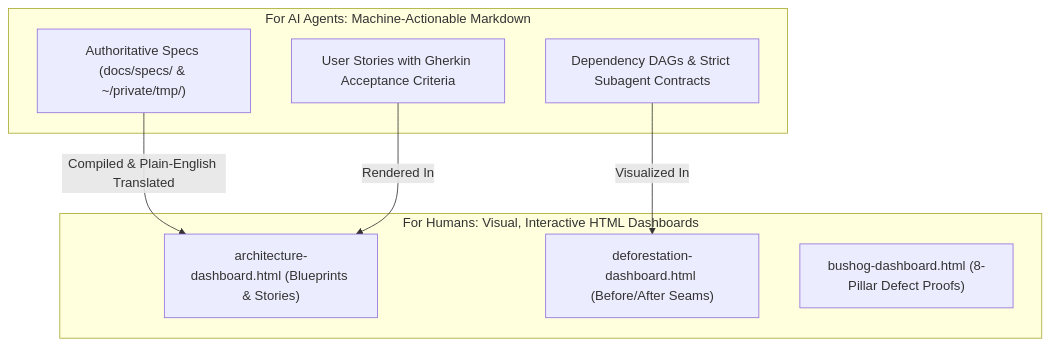
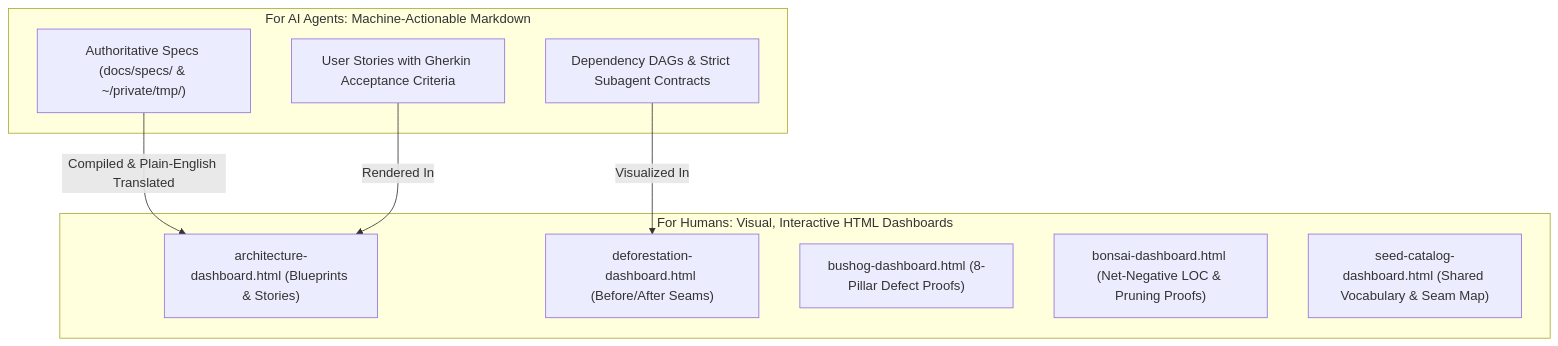
One commit to mcmxciillan/code-gardening changed the third of 3 diagrams in README.md. Above: the diagram before and after it, drawn with Mermaid. The commit also changed other lines of this file and 15 other files, not shown here.

First line of the commit message:
feat(skills): add /bonsai and /seed-catalog skills with loosely coupled 7-skill integration (#1)

````diff
--- a/README.md
+++ b/README.md
@@ -94,18 +102,20 @@
 ```mermaid
 graph TD
     subgraph "For AI Agents: Machine-Actionable Markdown"
         A1["Authoritative Specs (docs/specs/ & ~/private/tmp/)"]
         A2["User Stories with Gherkin Acceptance Criteria"]
         A3["Dependency DAGs & Strict Subagent Contracts"]
     end
 
     subgraph "For Humans: Visual, Interactive HTML Dashboards"
         H1["architecture-dashboard.html (Blueprints & Stories)"]
         H2["deforestation-dashboard.html (Before/After Seams)"]
         H3["bushog-dashboard.html (8-Pillar Defect Proofs)"]
+        H4["bonsai-dashboard.html (Net-Negative LOC & Pruning Proofs)"]
+        H5["seed-catalog-dashboard.html (Shared Vocabulary & Seam Map)"]
     end
 
     A1 -->|Compiled & Plain-English Translated| H1
     A2 -->|Rendered In| H1
     A3 -->|Visualized In| H2
 ```
````
